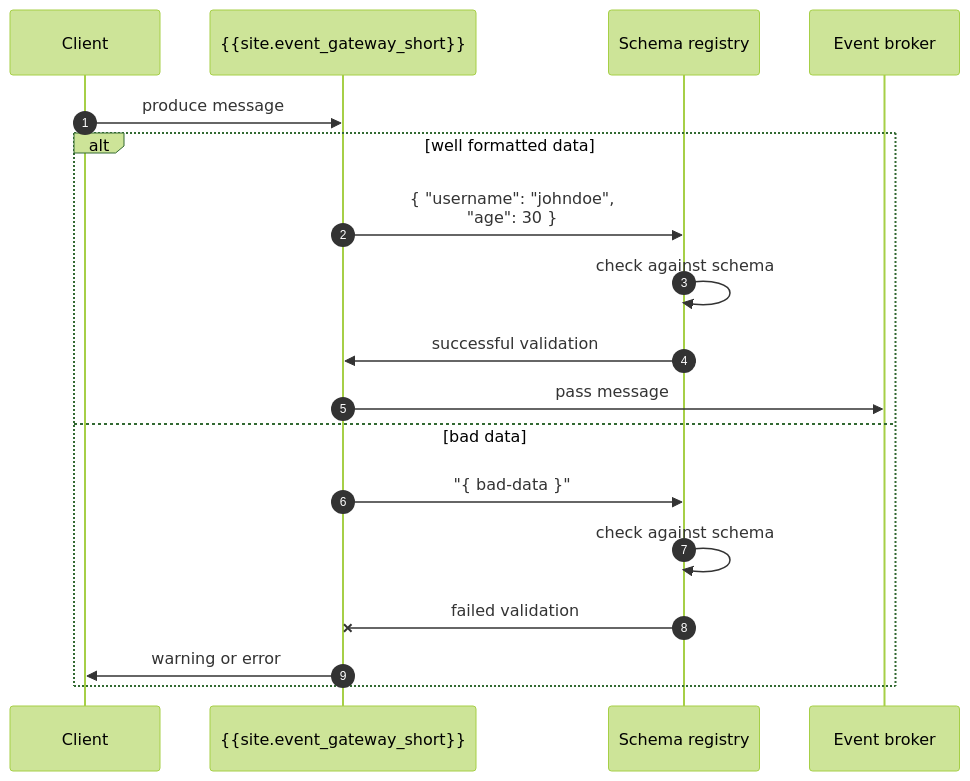
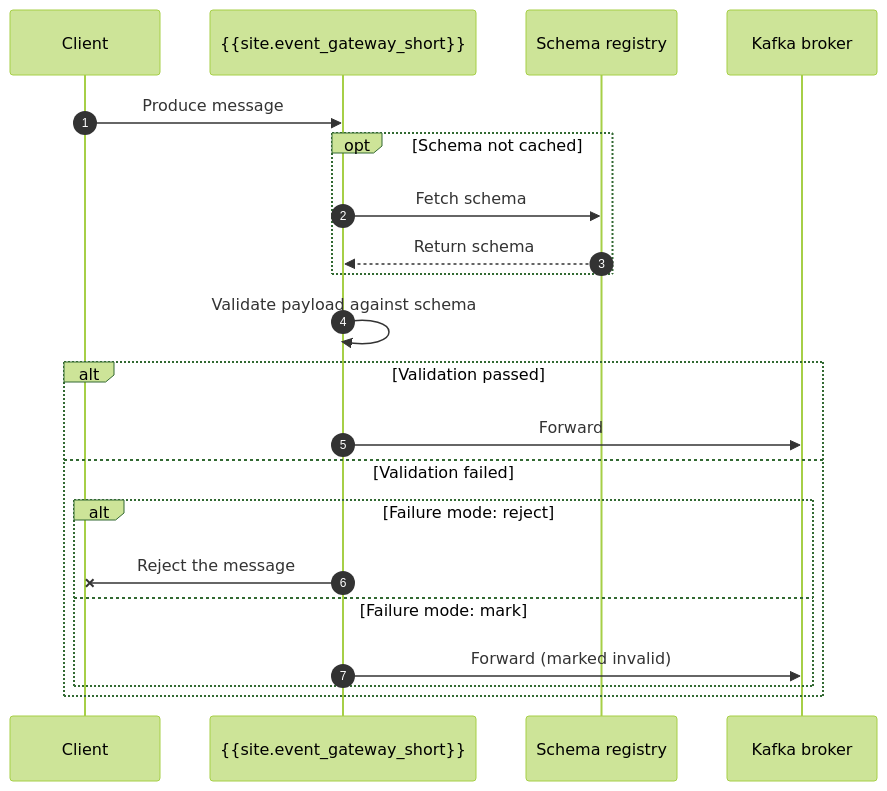
One commit to Kong/developer.konghq.com changed the diagram in app/_includes/knep/schema-validation-diagram-produce.md. Above: the diagram before and after it, drawn with Mermaid (forest theme). The commit also changed 8 other files, not shown here.

Commit message:
feat(event-gateway): improve schema validation docs

```diff
--- a/app/_includes/knep/schema-validation-diagram-produce.md
+++ b/app/_includes/knep/schema-validation-diagram-produce.md
@@ -2,24 +2,28 @@
 {% mermaid %}
 sequenceDiagram
   autonumber
   participant client as Client
   participant egw as {{site.event_gateway_short}}
   participant schema as Schema registry
-  participant broker as Event broker
+  participant broker as Kafka broker
 
-  client ->> egw: produce message
-  alt well formatted data
-  egw ->> schema: #123; "username": "johndoe",<br/>"age": 30 #125;
+  client->>egw: Produce message
 
-  schema->>schema: check against schema
-  schema->>egw: successful validation
-  egw->>broker: pass message
+  opt Schema not cached
+    egw->>schema: Fetch schema
+    schema-->>egw: Return schema
+  end
 
-  else bad data
-  egw ->> schema: "#123; bad-data #125;"
-  schema->>schema: check against schema
-  schema -x egw: failed validation
-  egw->>client: warning or error
+  egw->>egw: Validate payload against schema
+
+  alt Validation passed
+    egw->>broker: Forward
+  else Validation failed
+    alt Failure mode: reject
+      egw -x client: Reject the message
+    else Failure mode: mark
+      egw->>broker: Forward (marked invalid)
+    end
   end
 
 {% endmermaid %}
```
